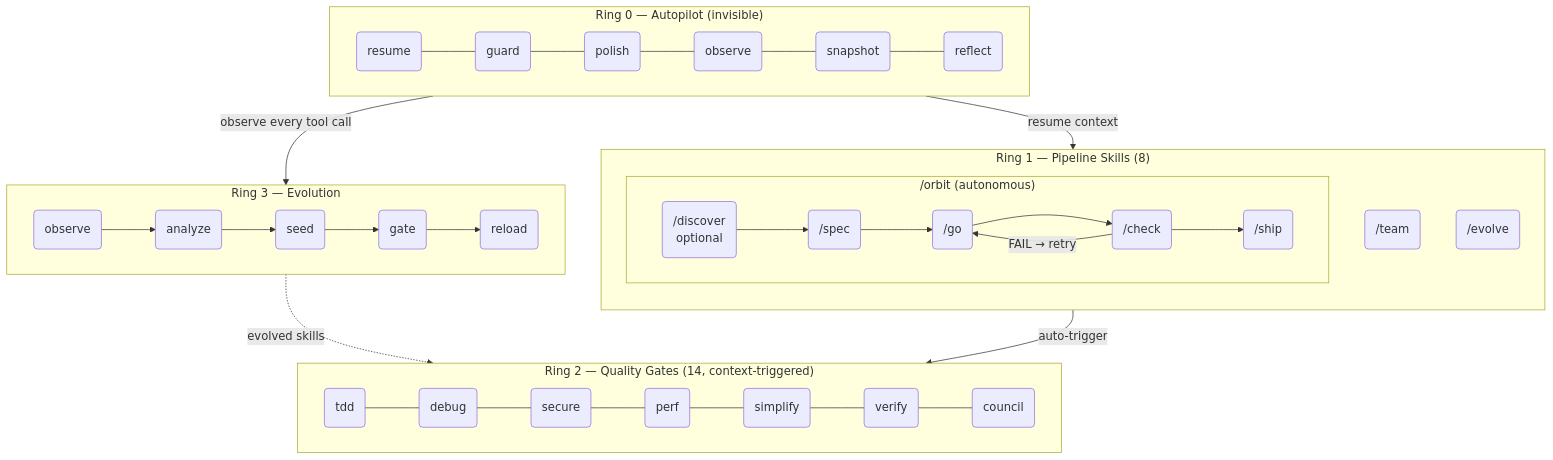
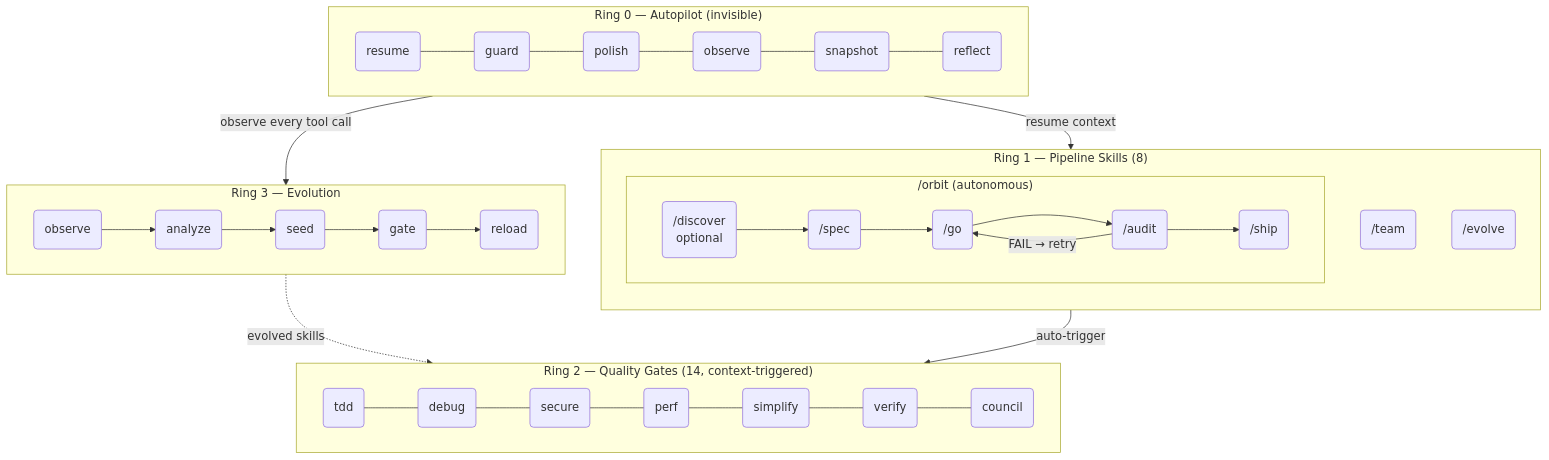
One commit to epicsagas/epic-harness changed the first of 3 diagrams in docs/architecture.md. Above: the diagram before and after it, drawn with Mermaid. The commit also changed other lines of this file and 28 other files, not shown here.

First line of the commit message:
refactor(skills): rename check skill to audit

````diff
--- a/docs/architecture.md
+++ b/docs/architecture.md
@@ -18,33 +18,33 @@
 ```mermaid
 flowchart TB
     subgraph R0["Ring 0 — Autopilot (invisible)"]
         direction LR
         h1(resume) --- h2(guard) --- h3(polish) --- h4(observe) --- h5(snapshot) --- h6(reflect)
     end
 
     subgraph R1["Ring 1 — Pipeline Skills (8)"]
         direction TB
         subgraph orbit["  /orbit  (autonomous)"]
             direction LR
-            c1("/discover\noptional") --> c2("/spec") --> c3("/go") --> c4("/check") --> c5("/ship")
+            c1("/discover\noptional") --> c2("/spec") --> c3("/go") --> c4("/audit") --> c5("/ship")
             c4 -->|"FAIL → retry"| c3
         end
         c6("/team")
         c7("/evolve")
     end
 
     subgraph R2["Ring 2 — Quality Gates (14, context-triggered)"]
         direction LR
         s1(tdd) --- s2(debug) --- s3(secure) --- s4(perf) --- s5(simplify) --- s6(verify) --- s7(council)
     end
 
     subgraph R3["Ring 3 — Evolution"]
         direction LR
         e1(observe) --> e2(analyze) --> e3(seed) --> e4(gate) --> e5(reload)
     end
 
     R0 -->|"observe every tool call"| R3
     R3 -.->|"evolved skills"| R2
     R1 -->|"auto-trigger"| R2
     R0 -->|"resume context"| R1
 ```
````
